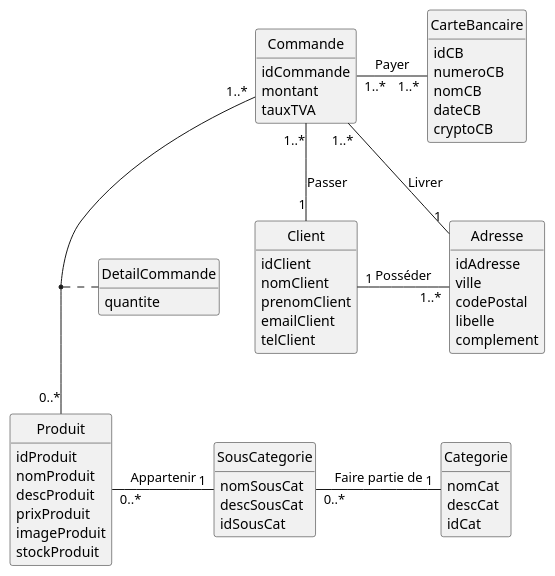
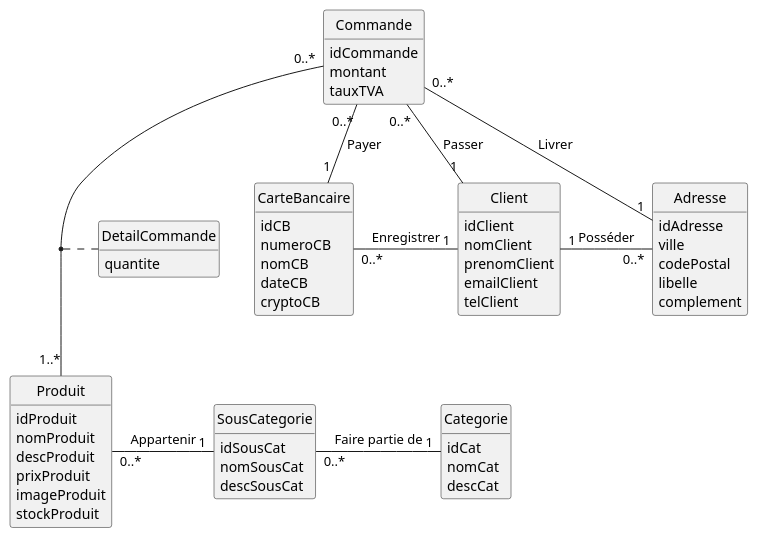
One commit to IUT-Blagnac/sae3-01-devapp-g2a-9 changed the diagram in bd/dc.plantuml. Above: the diagram before and after it, drawn with PlantUML.

Commit message:
correction amelioration dc

```diff
--- a/bd/dc.plantuml
+++ b/bd/dc.plantuml
@@ -1,61 +1,62 @@
 @startuml
 class Produit{
-idProduit
-nomProduit
-descProduit
-prixProduit
-imageProduit
-stockProduit
+    idProduit
+    nomProduit
+    descProduit
+    prixProduit
+    imageProduit
+    stockProduit
 }
 class Categorie{
-nomCat
-descCat
-idCat
+    idCat
+    nomCat
+    descCat
 }
 class SousCategorie{
-nomSousCat
-descSousCat
-idSousCat
+    idSousCat
+    nomSousCat
+    descSousCat
 }
 class DetailCommande{
-quantite
+quantite    
 }
 class Commande{
-idCommande
-montant
-tauxTVA
+    idCommande
+    montant
+    tauxTVA
 }
 class Client{
-idClient
-nomClient
-prenomClient
-emailClient
-telClient
+    idClient
+    nomClient
+    prenomClient
+    emailClient
+    telClient
 }
 class Adresse{
-idAdresse
-ville
-codePostal
-libelle
-complement
+    idAdresse
+    ville
+    codePostal
+    libelle
+    complement
 }
 class CarteBancaire{
-idCB
-numeroCB
-nomCB
-dateCB
-cryptoCB
+    idCB
+    numeroCB
+    nomCB
+    dateCB
+    cryptoCB
 }
 
 Produit "0..*" - "1" SousCategorie : Appartenir
 SousCategorie "0..*" - "1" Categorie : Faire partie de
-Commande "1..*" -- "0..*" Produit
+Commande "0..*" -- "1..*" Produit
 (Commande, Produit) .. DetailCommande
-Commande "1..*" -- "1" Client : Passer
-Client "1" - "1..*" Adresse : Posséder
-Commande "1..*" - "1..*" CarteBancaire : Payer
-Commande "1..*" -- "1" Adresse : Livrer
+Commande "0..*" -- "1" Client : Passer
+Client "1" - "0..*" Adresse : Posséder
+CarteBancaire "0..*" - "1" Client : Enregistrer
+Commande "0..*" -- "1" CarteBancaire : Payer
+Commande "0..*" - "1" Adresse : Livrer
 
 hide empty methods
 hide circle
 @enduml
```
